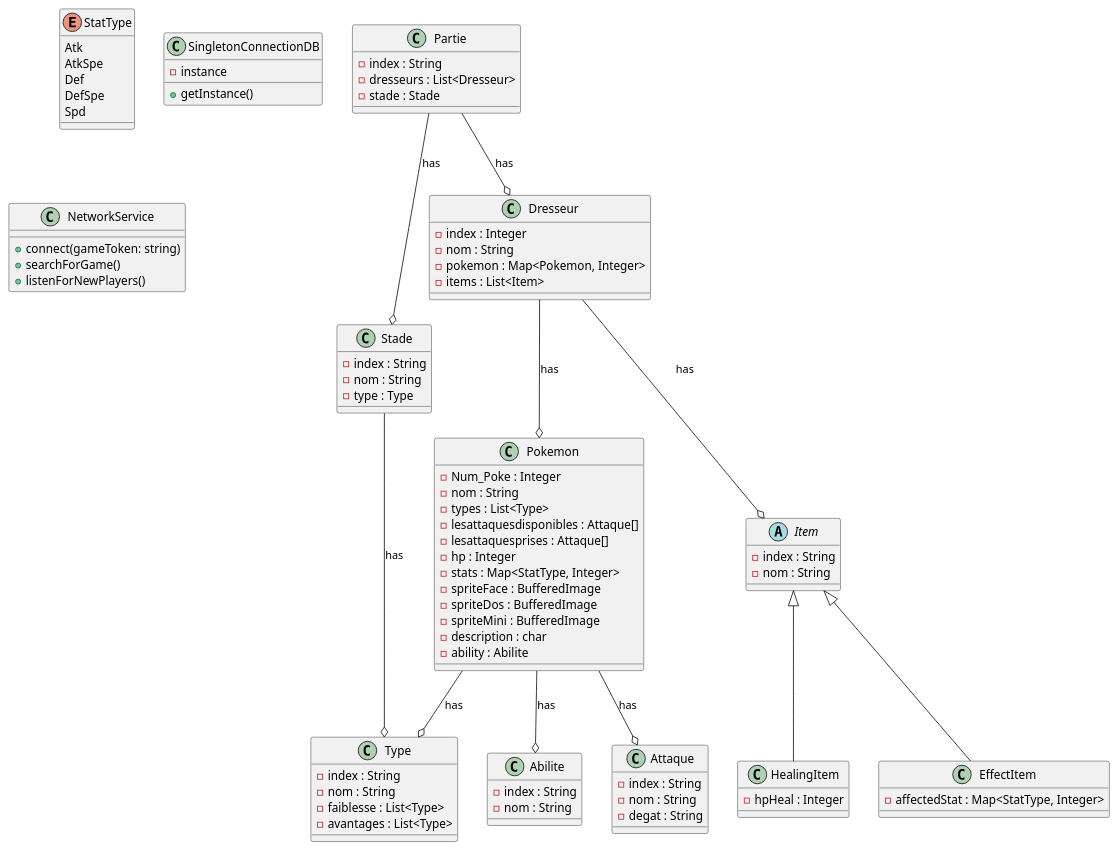
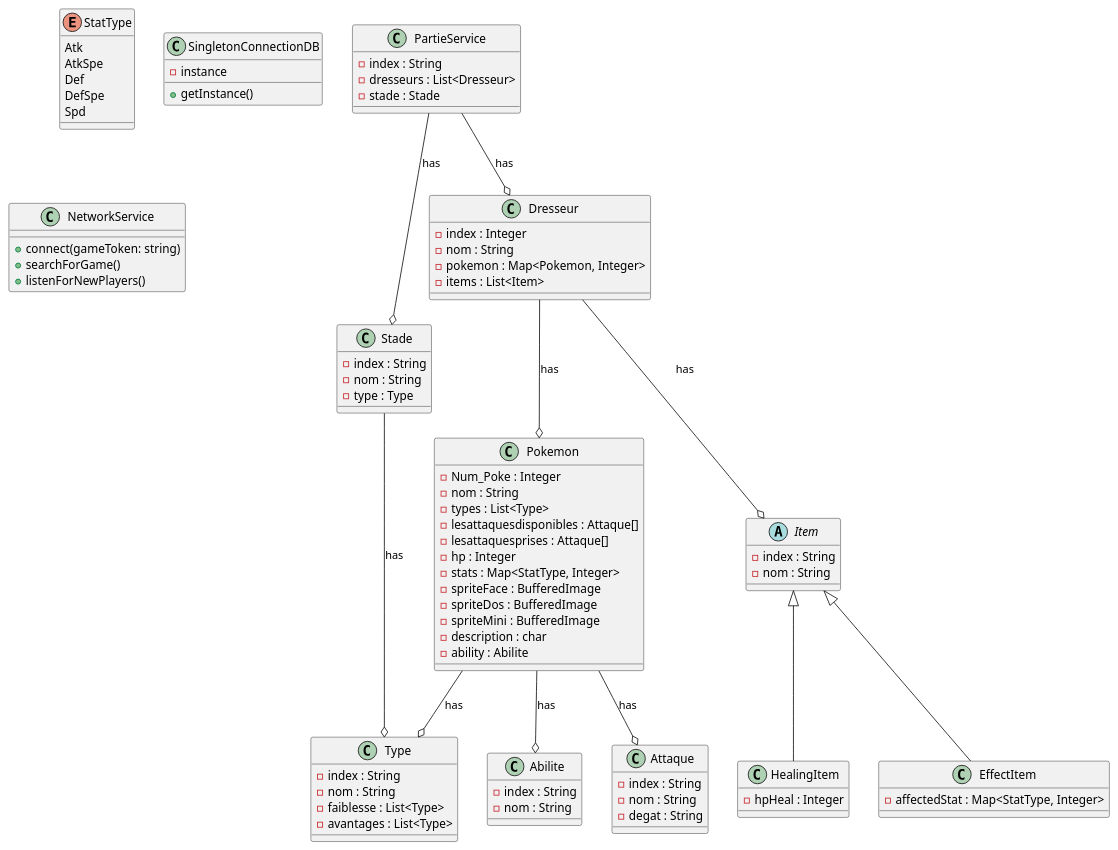
Before and after one commit to CPE-LYON-APICOT/projet-poketeamleaderprice: the diagram in docs/conception.md, drawn with PlantUML. The commit also changed other lines of this file and 21 other files, not shown here.

```diff
--- a/docs/conception.md
+++ b/docs/conception.md
@@ -49,7 +49,7 @@
 skinparam groupInheritance 4
 top to bottom direction
 
-class Partie {
+class PartieService {
   - index : String
   - dresseurs : List<Dresseur>
   - stade : Stade
@@ -133,8 +133,8 @@
     +listenForNewPlayers()
 }
 
-Partie --o Dresseur : has
-Partie --o Stade : has
+PartieService --o Dresseur : has
+PartieService --o Stade : has
 Dresseur --o Pokemon : has
 Dresseur --o Item : has
 Pokemon --o Type : has
```
